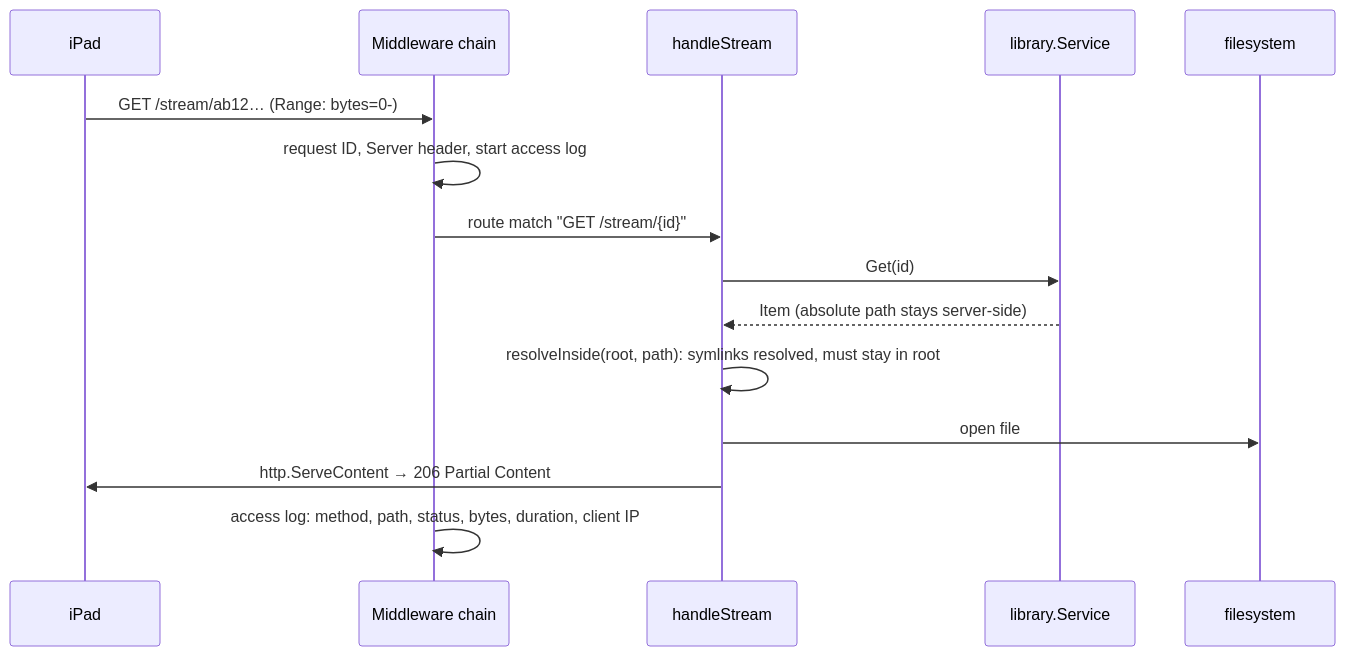
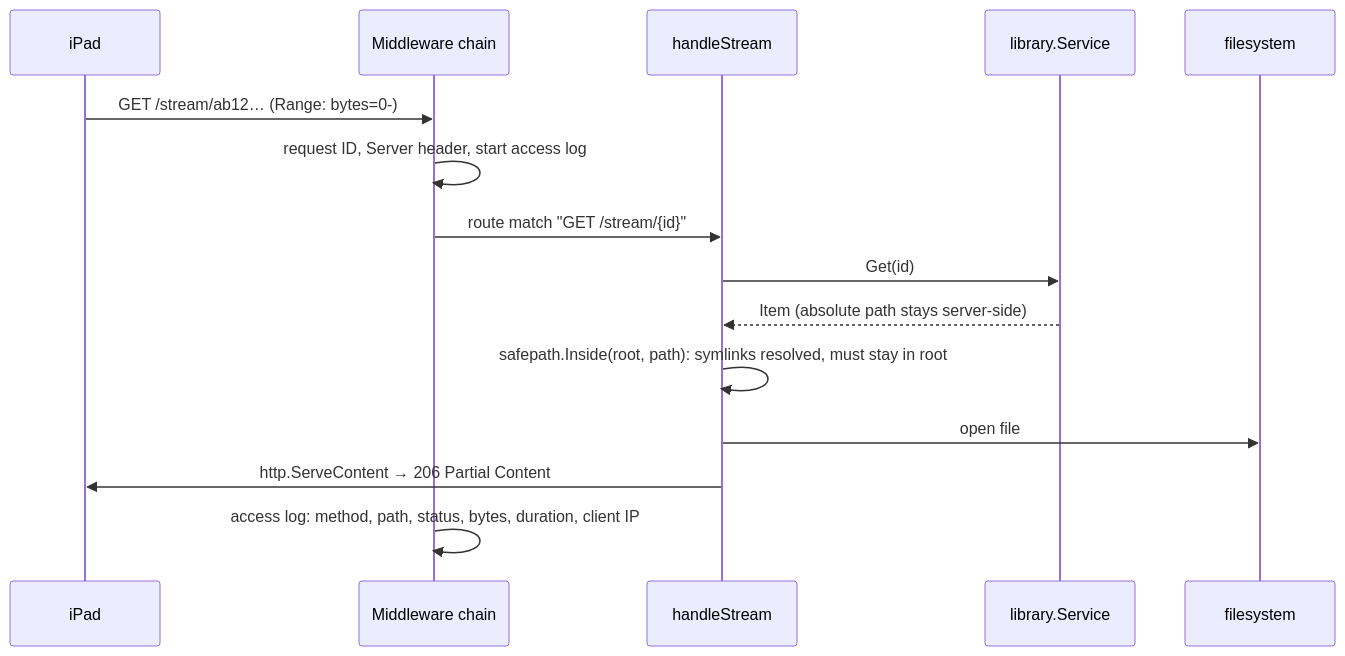
The seventh of 13 diagrams in docs/ARCHITECTURE.md (bkjonathan/ein-cast), drawn with Mermaid before and after one commit. The commit also changed other lines of this file and 158 other files, not shown here.

````diff
--- a/docs/ARCHITECTURE.md
+++ b/docs/ARCHITECTURE.md
@@ -214,18 +227,18 @@
 ```mermaid
 sequenceDiagram
     participant iPad
     participant MW as Middleware chain
     participant H as handleStream
     participant Lib as library.Service
     participant FS as filesystem
 
     iPad->>MW: GET /stream/ab12… (Range: bytes=0-)
     MW->>MW: request ID, Server header, start access log
     MW->>H: route match "GET /stream/{id}"
     H->>Lib: Get(id)
     Lib-->>H: Item (absolute path stays server-side)
-    H->>H: resolveInside(root, path): symlinks resolved, must stay in root
+    H->>H: safepath.Inside(root, path): symlinks resolved, must stay in root
     H->>FS: open file
     H->>iPad: http.ServeContent → 206 Partial Content
     MW->>MW: access log: method, path, status, bytes, duration, client IP
 ```
````
